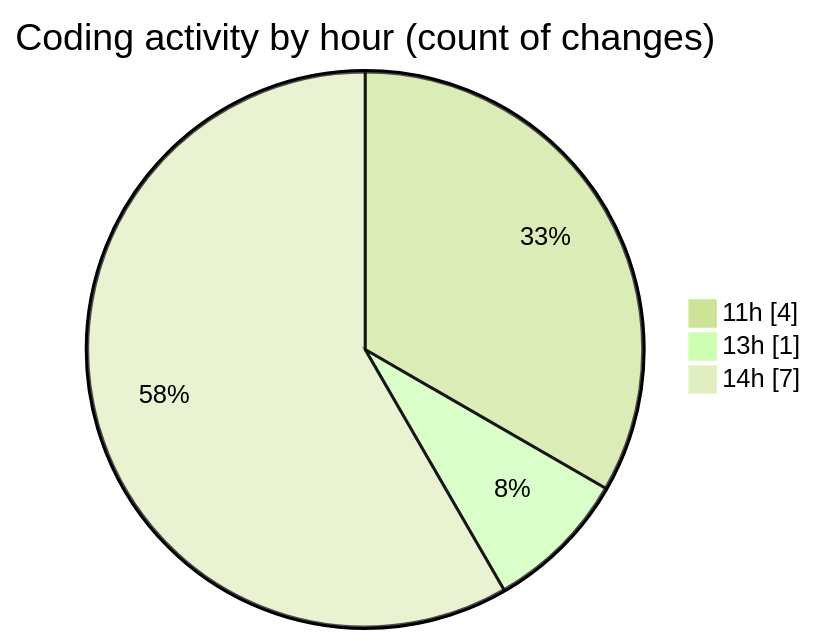
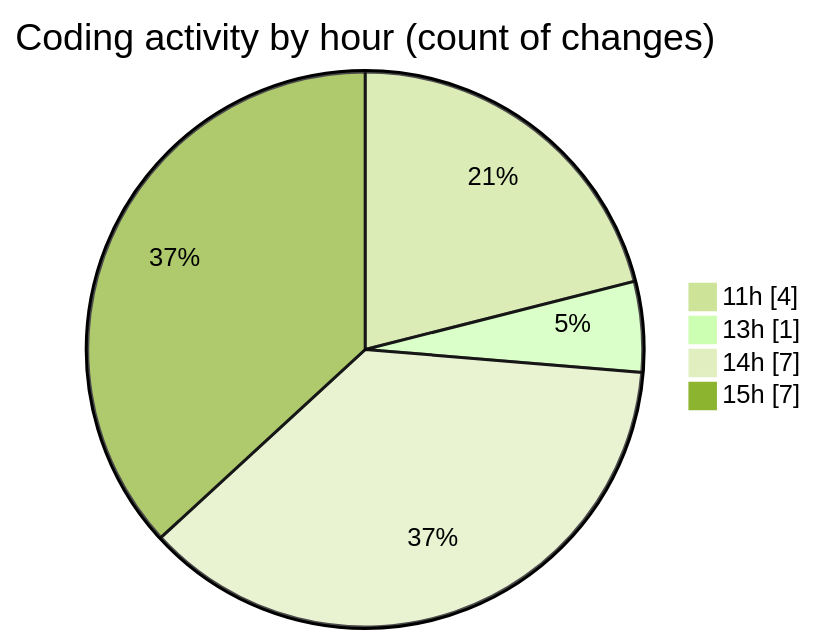
The second of 2 diagrams in 2025-09-30/untitled__workspace_/README.md (debugP/code-tracking), drawn with Mermaid (forest theme) before and after one commit. The commit also changed other lines of this file and 1 other file, not shown here.

````diff
--- a/2025-09-30/untitled__workspace_/README.md
+++ b/2025-09-30/untitled__workspace_/README.md
@@ -30,7 +32,8 @@
 ```mermaid
 pie showData
 title Coding activity by hour (count of changes)
 "11h" : 4
 "13h" : 1
 "14h" : 7
+"15h" : 7
 ```
````
